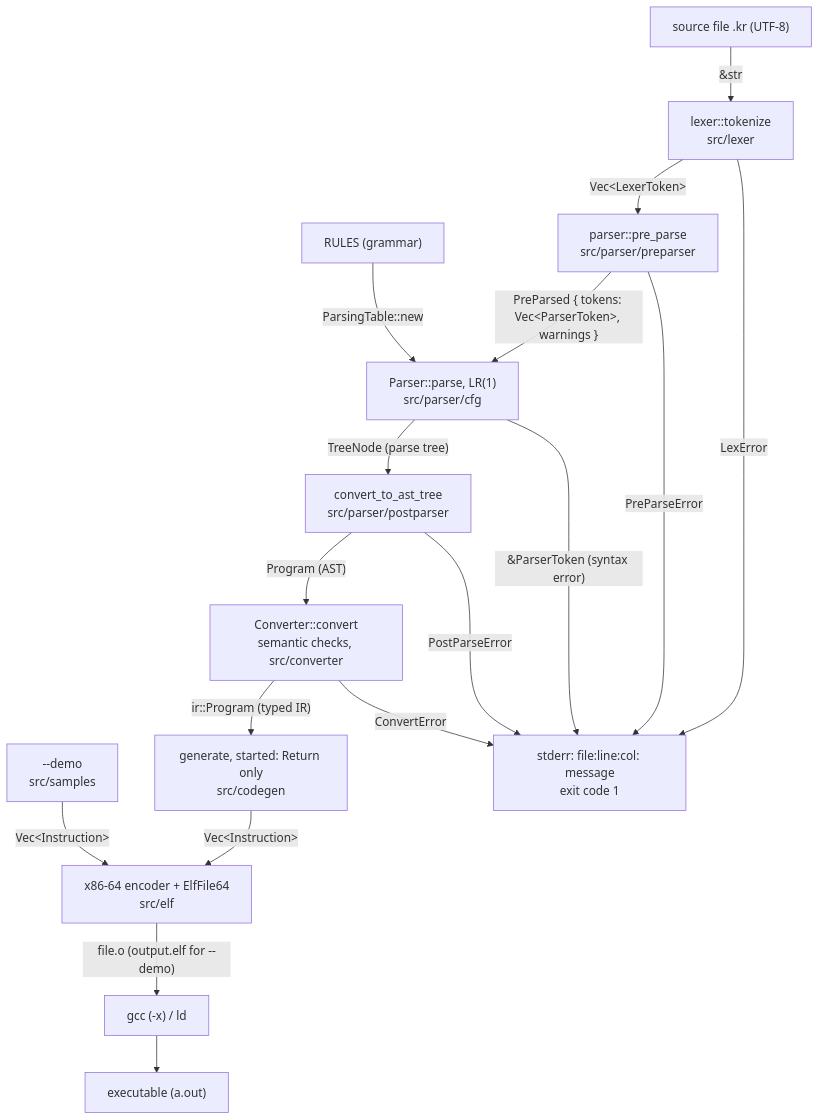
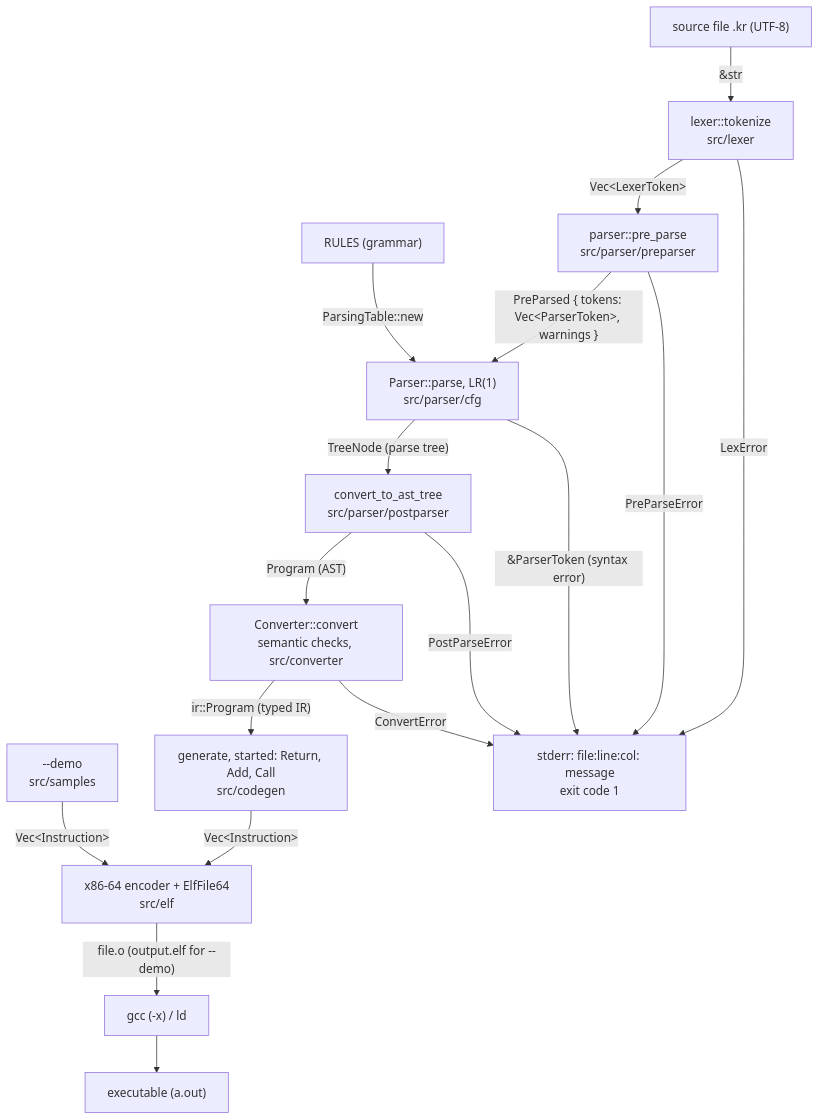
The diagram in README.md (Solype/CompilerRust), drawn with Mermaid before and after one commit. The commit also changed other lines of this file and 3 other files, not shown here.

````diff
--- a/README.md
+++ b/README.md
@@ -38,20 +38,20 @@
 ```mermaid
 flowchart TD
     SRC["source file .kr (UTF-8)"] -->|"#amp;str"| LEX["lexer::tokenize<br/>src/lexer"]
     LEX -->|"Vec#lt;LexerToken#gt;"| PRE["parser::pre_parse<br/>src/parser/preparser"]
     PRE -->|"PreParsed { tokens: Vec#lt;ParserToken#gt;, warnings }"| PAR["Parser::parse, LR(1)<br/>src/parser/cfg"]
     RULES["RULES (grammar)"] -->|"ParsingTable::new"| PAR
     PAR -->|"TreeNode (parse tree)"| POST["convert_to_ast_tree<br/>src/parser/postparser"]
     POST -->|"Program (AST)"| CONV["Converter::convert<br/>semantic checks, src/converter"]
-    CONV -->|"ir::Program (typed IR)"| GEN["generate, started: Return only<br/>src/codegen"]
+    CONV -->|"ir::Program (typed IR)"| GEN["generate, started: Return, Add, Call<br/>src/codegen"]
     GEN -->|"Vec#lt;Instruction#gt;"| ELF["x86-64 encoder + ElfFile64<br/>src/elf"]
     DEMO["--demo<br/>src/samples"] -->|"Vec#lt;Instruction#gt;"| ELF
     ELF -->|"file.o (output.elf for --demo)"| LD["gcc (-x) / ld"]
     LD --> BIN["executable (a.out)"]
 
     LEX -->|"LexError"| ERR["stderr: file:line:col: message<br/>exit code 1"]
     PRE -->|"PreParseError"| ERR
     PAR -->|"#amp;ParserToken (syntax error)"| ERR
     POST -->|"PostParseError"| ERR
     CONV -->|"ConvertError"| ERR
 ```
````
